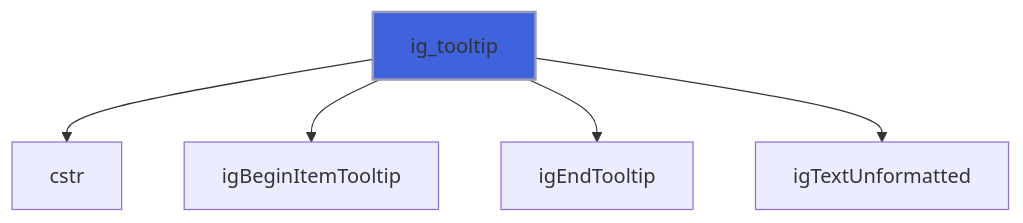
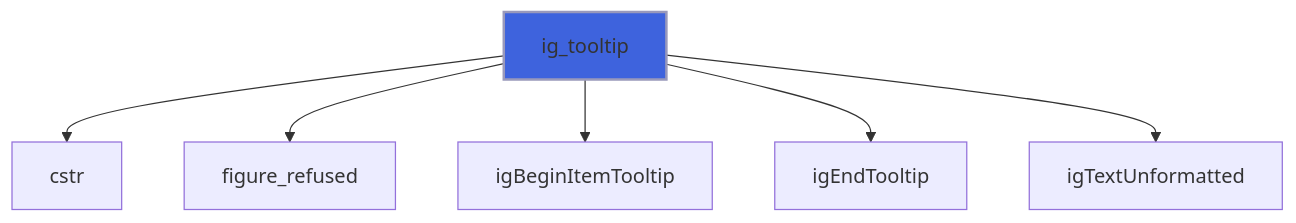
The eighth of 39 diagrams in docs/api/src/lib/figure_imgui.md (szaghi/figure), drawn with Mermaid before and after one commit. The commit also changed other lines of this file and 10 other files, not shown here.

````diff
--- a/docs/api/src/lib/figure_imgui.md
+++ b/docs/api/src/lib/figure_imgui.md
@@ -276,8 +286,9 @@
 ```mermaid
 flowchart TD
   ig_tooltip["ig_tooltip"] --> cstr["cstr"]
+  ig_tooltip["ig_tooltip"] --> figure_refused["figure_refused"]
   ig_tooltip["ig_tooltip"] --> igBeginItemTooltip["igBeginItemTooltip"]
   ig_tooltip["ig_tooltip"] --> igEndTooltip["igEndTooltip"]
   ig_tooltip["ig_tooltip"] --> igTextUnformatted["igTextUnformatted"]
   style ig_tooltip fill:#3e63dd,stroke:#99b,stroke-width:2px
 ```
````
